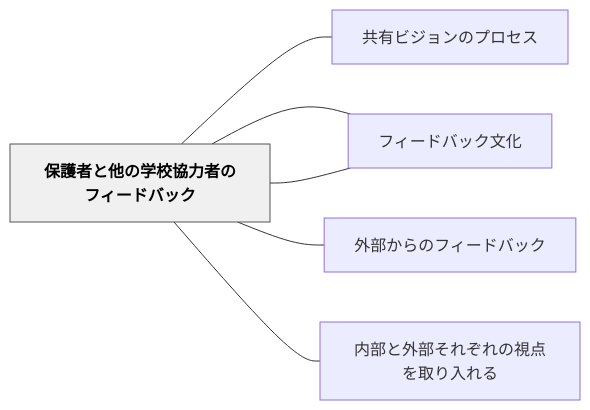
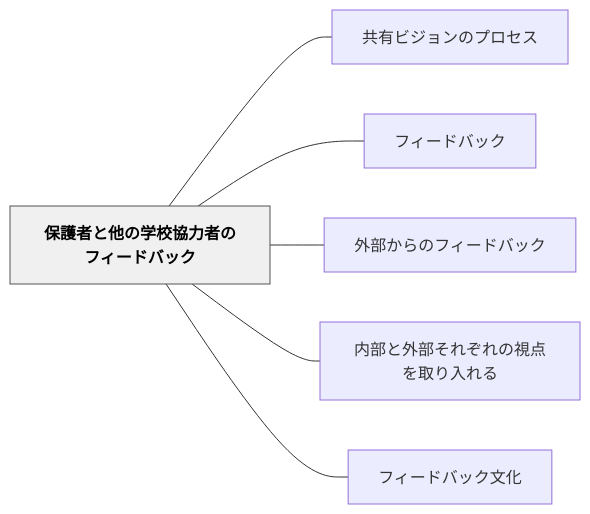
One commit to unknownthings-ed-patterns/unknownthings-ed-patterns changed the diagram in content/パタン/保護者と他の学校協力者のフィードバック.md. Above: the diagram before and after it, drawn with Mermaid. The commit also changed 527 other files, not shown here.

````diff
--- a/content/パタン/保護者と他の学校協力者のフィードバック.md
+++ b/content/パタン/保護者と他の学校協力者のフィードバック.md
@@ -53,18 +53,18 @@
 ```mermaid
 flowchart LR
-    ne4bf9de8adb7["保護者と他の学校協力者のフィードバック"]
-    ne585b1e69c89["共有ビジョンのプロセス"]
-    ne38395e382a3["フィードバック"]
-    ne5a496e983a8["外部からのフィードバック"]
-    ne58685e983a8["内部と外部それぞれの視点を取り入れる"]
-    ne38395e382a3["フィードバック文化"]
+    ne4bf9de8adb7e88085e381a8e4bb96e381aee5ada6e6a0a1e58d94e58a9be88085e381aee38395e382a3e383bce38389e38390e38383e382af["保護者と他の学校協力者のフィードバック"]
+    ne585b1e69c89e38393e382b8e383a7e383b3e381aee38397e383ade382bbe382b9["共有ビジョンのプロセス"]
+    ne38395e382a3e383bce38389e38390e38383e382af["フィードバック"]
+    ne5a496e983a8e3818be38289e381aee38395e382a3e383bce38389e38390e38383e382af["外部からのフィードバック"]
+    ne58685e983a8e381a8e5a496e983a8e3819de3828ce3819ee3828ce381aee8a696e782b9e38292e58f96e3828ae585a5e3828ce3828b["内部と外部それぞれの視点を取り入れる"]
+    ne38395e382a3e383bce38389e38390e38383e382afe69687e58c96["フィードバック文化"]
 
-    ne4bf9de8adb7 --- ne585b1e69c89
-    ne4bf9de8adb7 --- ne38395e382a3
-    ne4bf9de8adb7 --- ne5a496e983a8
-    ne4bf9de8adb7 --- ne58685e983a8
-    ne4bf9de8adb7 --- ne38395e382a3
+    ne4bf9de8adb7e88085e381a8e4bb96e381aee5ada6e6a0a1e58d94e58a9be88085e381aee38395e382a3e383bce38389e38390e38383e382af --- ne585b1e69c89e38393e382b8e383a7e383b3e381aee38397e383ade382bbe382b9
+    ne4bf9de8adb7e88085e381a8e4bb96e381aee5ada6e6a0a1e58d94e58a9be88085e381aee38395e382a3e383bce38389e38390e38383e382af --- ne38395e382a3e383bce38389e38390e38383e382af
+    ne4bf9de8adb7e88085e381a8e4bb96e381aee5ada6e6a0a1e58d94e58a9be88085e381aee38395e382a3e383bce38389e38390e38383e382af --- ne5a496e983a8e3818be38289e381aee38395e382a3e383bce38389e38390e38383e382af
+    ne4bf9de8adb7e88085e381a8e4bb96e381aee5ada6e6a0a1e58d94e58a9be88085e381aee38395e382a3e383bce38389e38390e38383e382af --- ne58685e983a8e381a8e5a496e983a8e3819de3828ce3819ee3828ce381aee8a696e782b9e38292e58f96e3828ae585a5e3828ce3828b
+    ne4bf9de8adb7e88085e381a8e4bb96e381aee5ada6e6a0a1e58d94e58a9be88085e381aee38395e382a3e383bce38389e38390e38383e382af --- ne38395e382a3e383bce38389e38390e38383e382afe69687e58c96
 
     classDef hub fill:#f0f0f0,stroke:#555,color:#000,font-weight:bold
-    class ne4bf9de8adb7 hub
+    class ne4bf9de8adb7e88085e381a8e4bb96e381aee5ada6e6a0a1e58d94e58a9be88085e381aee38395e382a3e383bce38389e38390e38383e382af hub
 ```
````
